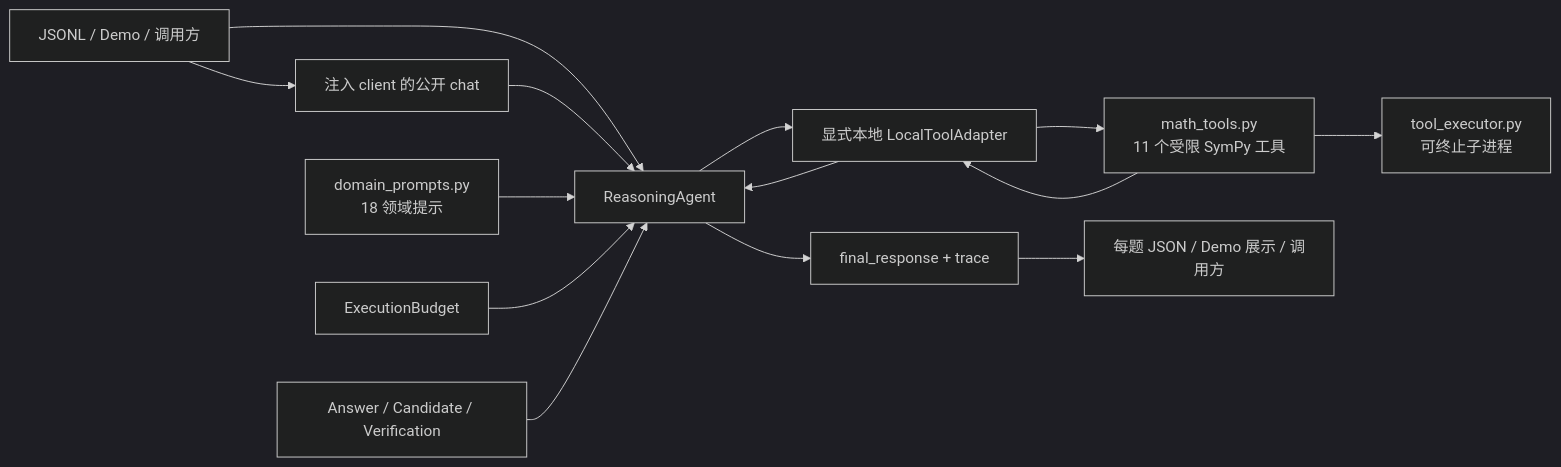
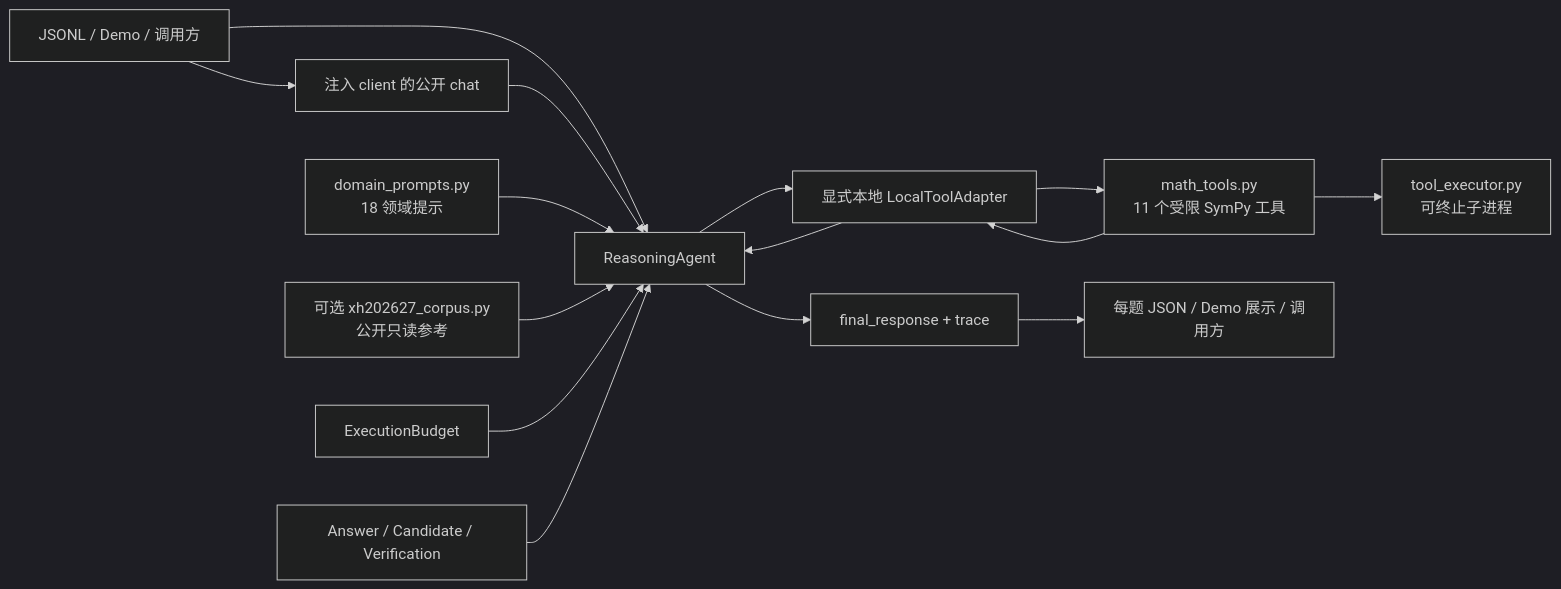
The diagram in ARCHITECTURE.md (huangchen725/math_agent), drawn with Mermaid (dark theme) before and after one commit. The commit also changed other lines of this file and 24 other files, not shown here.

````diff
--- a/ARCHITECTURE.md
+++ b/ARCHITECTURE.md
@@ -50,16 +56,17 @@
 ```mermaid
 flowchart LR
     I[JSONL / Demo / 调用方] --> C[注入 client 的公开 chat]
     I --> A[ReasoningAgent]
     C --> A
     D[domain_prompts.py<br/>18 领域提示] --> A
+    K[可选 xh202627_corpus.py<br/>公开只读参考] --> A
     B[ExecutionBudget] --> A
     A --> L[显式本地 LocalToolAdapter]
     L --> T[math_tools.py<br/>11 个受限 SymPy 工具]
     T --> P[tool_executor.py<br/>可终止子进程]
     T --> L
     L --> A
     E[Answer / Candidate / Verification] --> A
     A --> R[final_response + trace]
     R --> O[每题 JSON / Demo 展示 / 调用方]
 ```
````
